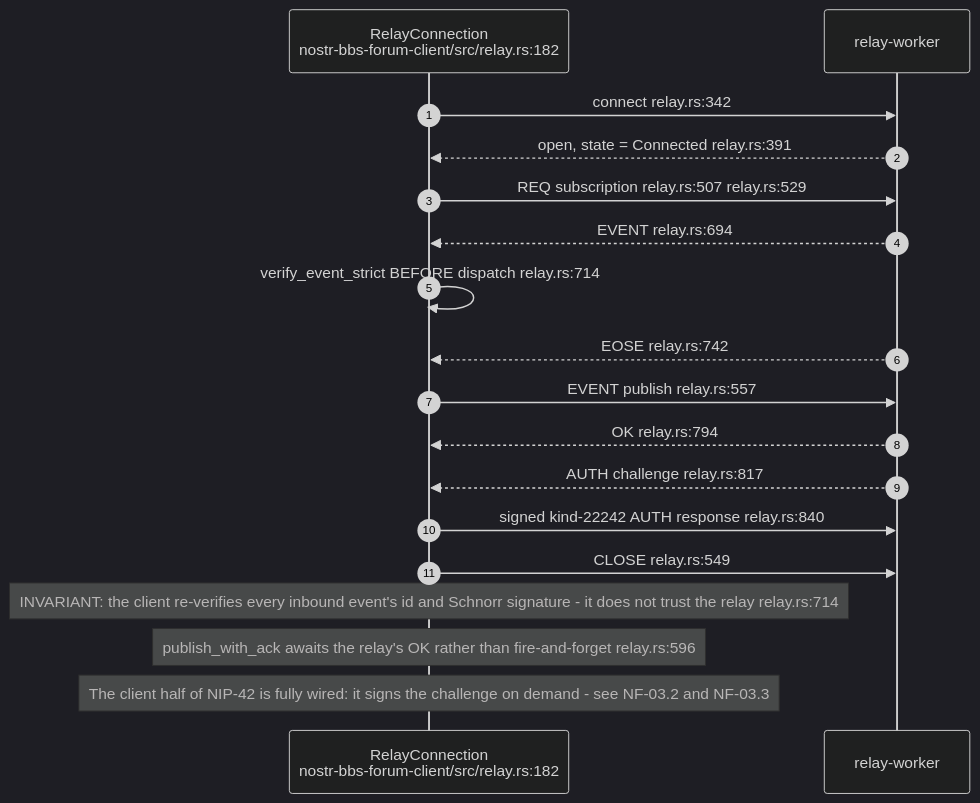
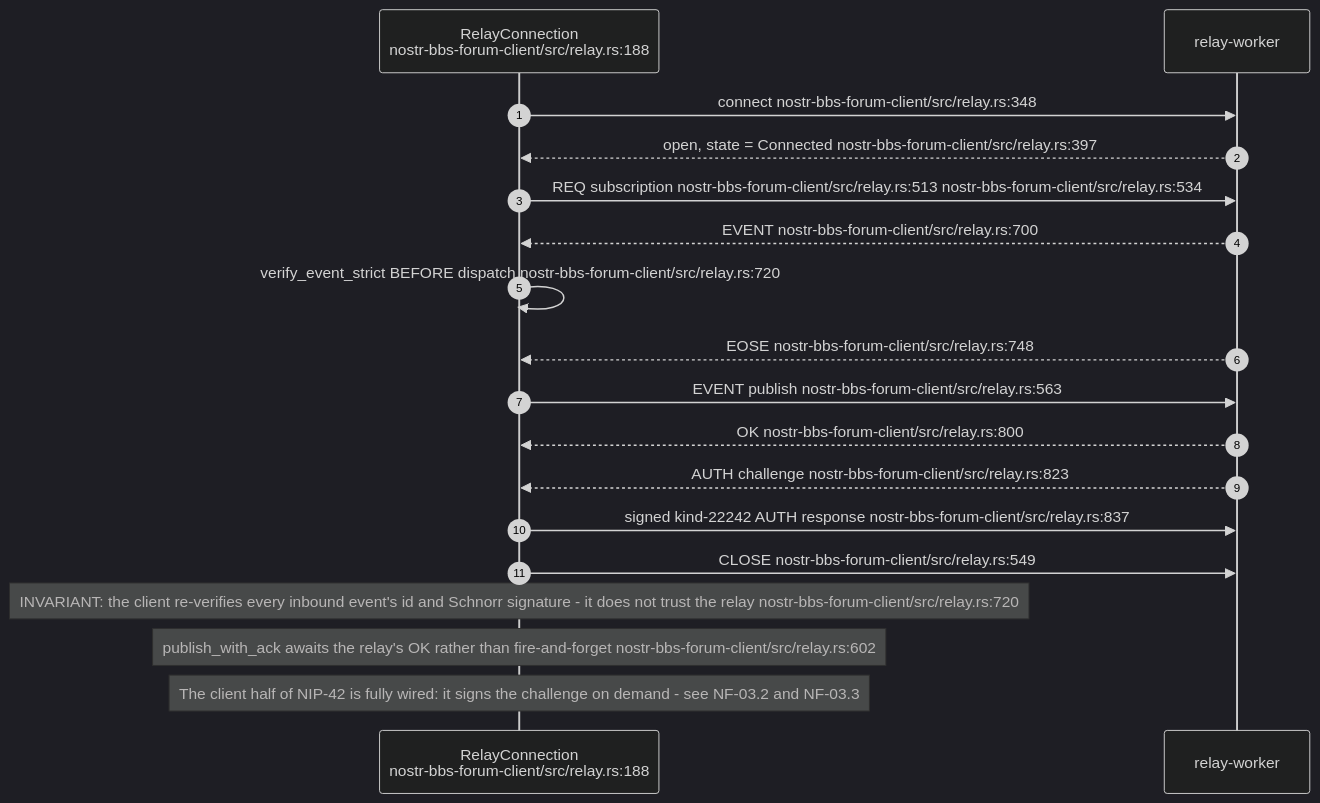
Before and after one commit to DreamLab-AI/VisionFlow: the fifth of 16 diagrams in docs/diagrams/nostr-rust-forum/05-leptos-clients-onboarding-messaging-governance.md, drawn with Mermaid (dark theme). The commit also changed other lines of this file and 136 other files, not shown here.

First line of the commit message:
docs(diagrams): refresh the whole corpus to code HEAD and prune low-value diagrams

````diff
--- a/docs/diagrams/nostr-rust-forum/05-leptos-clients-onboarding-messaging-governance.md
+++ b/docs/diagrams/nostr-rust-forum/05-leptos-clients-onboarding-messaging-governance.md
@@ -190,22 +198,22 @@
 ```mermaid
 sequenceDiagram
     autonumber
-    participant C as RelayConnection<br/>nostr-bbs-forum-client/src/relay.rs:182
+    participant C as RelayConnection<br/>nostr-bbs-forum-client/src/relay.rs:188
     participant R as relay-worker
 
-    C->>R: connect relay.rs:342
-    R-->>C: open, state = Connected relay.rs:391
-    C->>R: REQ subscription relay.rs:507 relay.rs:529
-    R-->>C: EVENT relay.rs:694
-    C->>C: verify_event_strict BEFORE dispatch relay.rs:714
-    R-->>C: EOSE relay.rs:742
-    C->>R: EVENT publish relay.rs:557
-    R-->>C: OK relay.rs:794
-    R-->>C: AUTH challenge relay.rs:817
-    C->>R: signed kind-22242 AUTH response relay.rs:840
-    C->>R: CLOSE relay.rs:549
+    C->>R: connect nostr-bbs-forum-client/src/relay.rs:348
+    R-->>C: open, state = Connected nostr-bbs-forum-client/src/relay.rs:397
+    C->>R: REQ subscription nostr-bbs-forum-client/src/relay.rs:513 nostr-bbs-forum-client/src/relay.rs:534
+    R-->>C: EVENT nostr-bbs-forum-client/src/relay.rs:700
+    C->>C: verify_event_strict BEFORE dispatch nostr-bbs-forum-client/src/relay.rs:720
+    R-->>C: EOSE nostr-bbs-forum-client/src/relay.rs:748
+    C->>R: EVENT publish nostr-bbs-forum-client/src/relay.rs:563
+    R-->>C: OK nostr-bbs-forum-client/src/relay.rs:800
+    R-->>C: AUTH challenge nostr-bbs-forum-client/src/relay.rs:823
+    C->>R: signed kind-22242 AUTH response nostr-bbs-forum-client/src/relay.rs:837
+    C->>R: CLOSE nostr-bbs-forum-client/src/relay.rs:549
 
-    Note over C: INVARIANT: the client re-verifies every inbound event's id and Schnorr signature - it does not trust the relay relay.rs:714
-    Note over C: publish_with_ack awaits the relay's OK rather than fire-and-forget relay.rs:596
+    Note over C: INVARIANT: the client re-verifies every inbound event's id and Schnorr signature - it does not trust the relay nostr-bbs-forum-client/src/relay.rs:720
+    Note over C: publish_with_ack awaits the relay's OK rather than fire-and-forget nostr-bbs-forum-client/src/relay.rs:602
     Note over C: The client half of NIP-42 is fully wired: it signs the challenge on demand - see NF-03.2 and NF-03.3
 ```
````
